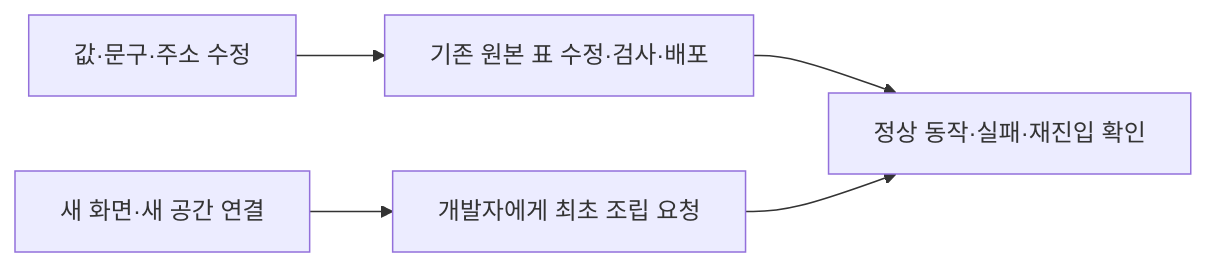
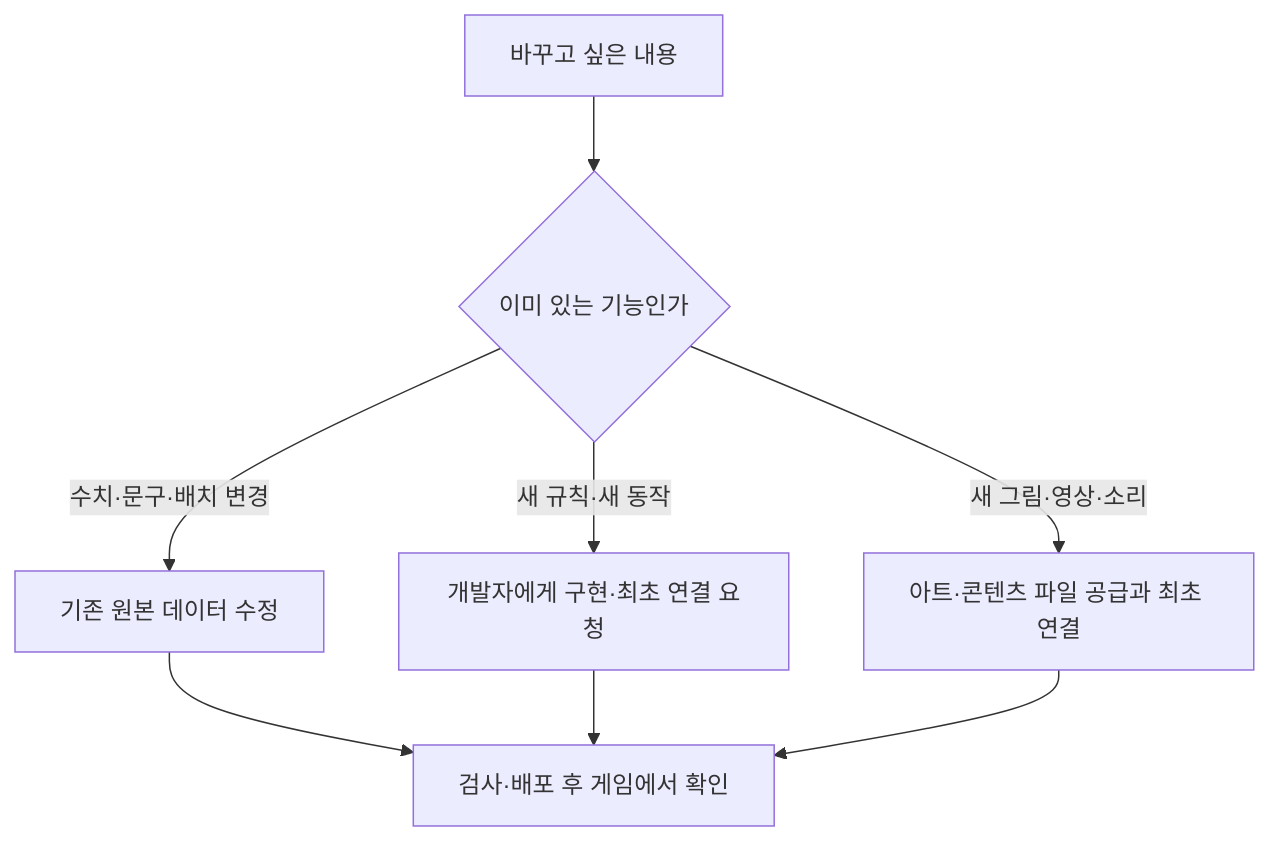
The first of 5 diagrams in Docs/기획자용 안내문서/기획자용 공통 모듈 연결과 확인 안내.md (lkhwcf-arch/Human_Ghost-), drawn with Mermaid before and after one commit. The commit also changed other lines of this file and 92 other files, not shown here.

````diff
--- a/Docs/기획자용 안내문서/기획자용 공통 모듈 연결과 확인 안내.md
+++ b/Docs/기획자용 안내문서/기획자용 공통 모듈 연결과 확인 안내.md
@@ -7,7 +18,10 @@
-```mermaid
-flowchart LR
-    A[값·문구·주소 수정] --> B[기존 원본 표 수정·검사·배포]
-    C[새 화면·새 공간 연결] --> D[개발자에게 최초 조립 요청]
-    B --> E[정상 동작·실패·재진입 확인]
-    D --> E
-```
+~~~mermaid
+flowchart TD
+    A[바꾸고 싶은 내용] --> B{이미 있는 기능인가}
+    B -->|수치·문구·배치 변경| C[기존 원본 데이터 수정]
+    B -->|새 규칙·새 동작| D[개발자에게 구현·최초 연결 요청]
+    B -->|새 그림·영상·소리| E[아트·콘텐츠 파일 공급과 최초 연결]
+    C --> F[검사·배포 후 게임에서 확인]
+    D --> F
+    E --> F
+~~~
````
